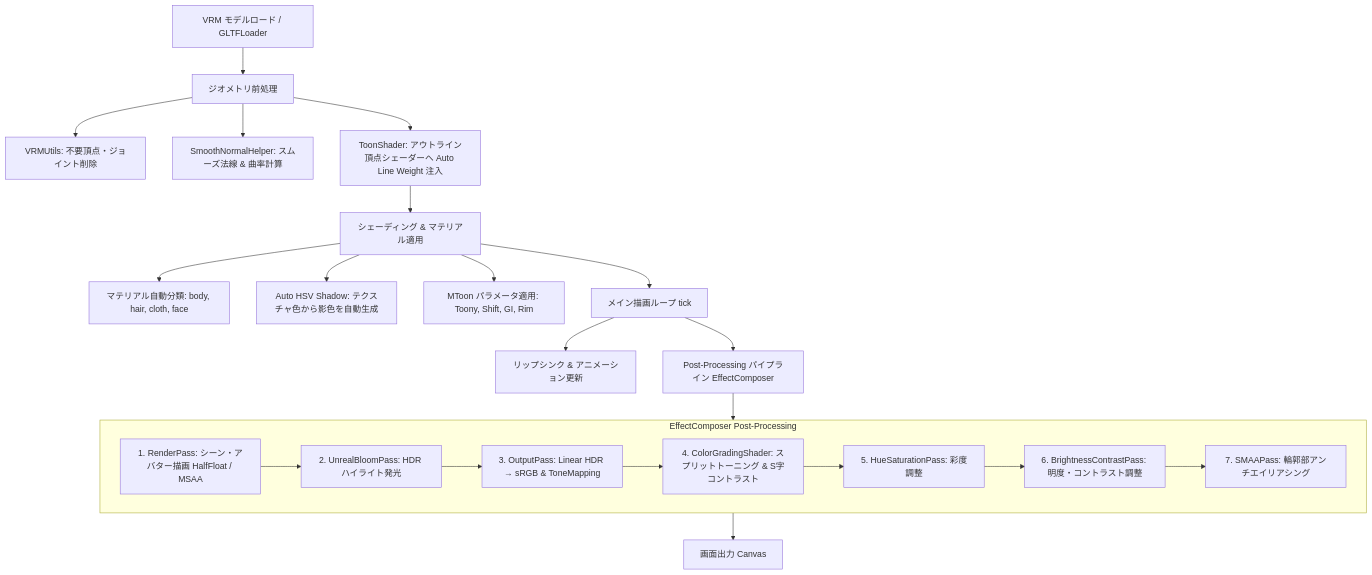
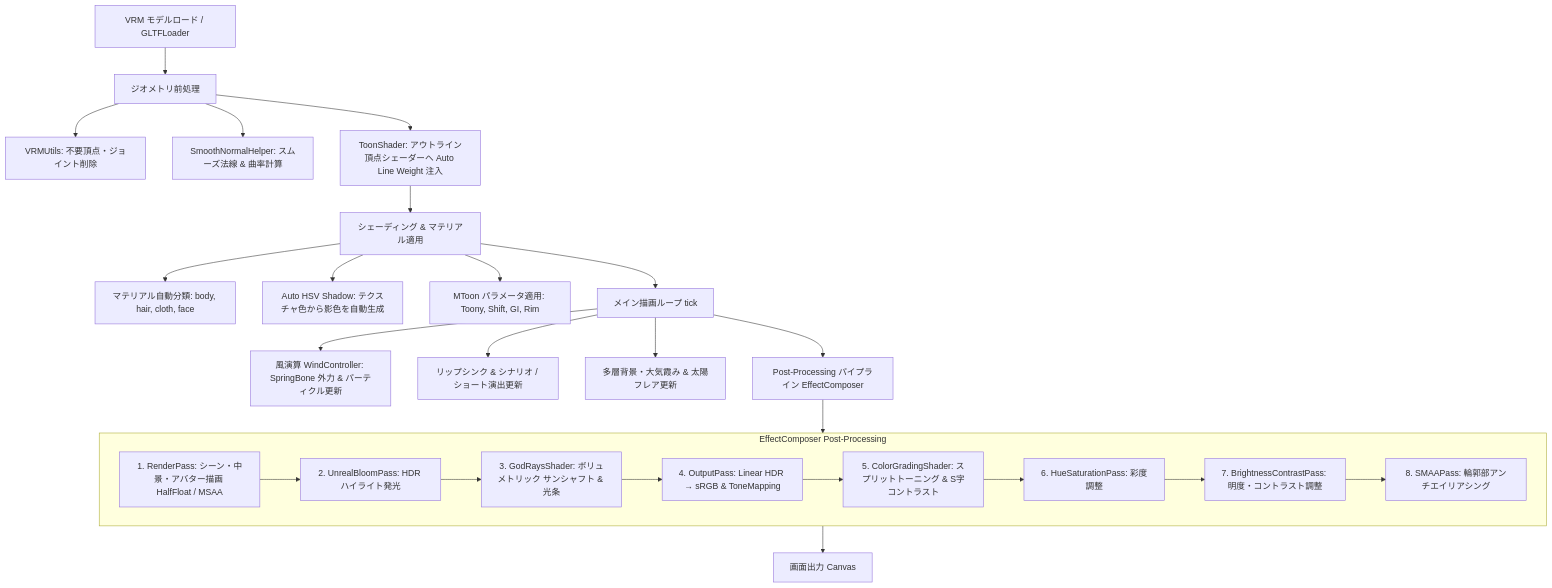
The diagram in README.md (uemegu/AnimeVRM), drawn with Mermaid before and after one commit. The commit also changed other lines of this file and 13 other files, not shown here.

````diff
--- a/README.md
+++ b/README.md
@@ -78,30 +89,33 @@
 ```mermaid
 flowchart TD
     A[VRM モデルロード / GLTFLoader] --> B[ジオメトリ前処理]
     B --> B1[VRMUtils: 不要頂点・ジョイント削除]
     B --> B2[SmoothNormalHelper: スムーズ法線 & 曲率計算]
     B --> B3[ToonShader: アウトライン頂点シェーダーへ Auto Line Weight 注入]
 
     B3 --> C[シェーディング & マテリアル適用]
     C --> C1[マテリアル自動分類: body, hair, cloth, face]
     C --> C2[Auto HSV Shadow: テクスチャ色から影色を自動生成]
     C --> C3[MToon パラメータ適用: Toony, Shift, GI, Rim]
 
     C --> D[メイン描画ループ tick]
-    D --> D1[リップシンク & アニメーション更新]
-    D --> D2[Post-Processing パイプライン EffectComposer]
+    D --> D1[風演算 WindController: SpringBone 外力 & パーティクル更新]
+    D --> D2[リップシンク & シナリオ / ショート演出更新]
+    D --> D3[多層背景・大気霞み & 太陽フレア更新]
+    D --> D4[Post-Processing パイプライン EffectComposer]
 
     subgraph EffectComposer [EffectComposer Post-Processing]
-        E1[1. RenderPass: シーン・アバター描画 HalfFloat / MSAA]
+        E1[1. RenderPass: シーン・中景・アバター描画 HalfFloat / MSAA]
         E2[2. UnrealBloomPass: HDR ハイライト発光]
-        E3[3. OutputPass: Linear HDR → sRGB & ToneMapping]
-        E4[4. ColorGradingShader: スプリットトーニング & S字コントラスト]
-        E5[5. HueSaturationPass: 彩度調整]
-        E6[6. BrightnessContrastPass: 明度・コントラスト調整]
-        E7[7. SMAAPass: 輪郭部アンチエイリアシング]
-        E1 --> E2 --> E3 --> E4 --> E5 --> E6 --> E7
+        E3[3. GodRaysShader: ボリュメトリック サンシャフト & 光条]
+        E4[4. OutputPass: Linear HDR → sRGB & ToneMapping]
+        E5[5. ColorGradingShader: スプリットトーニング & S字コントラスト]
+        E6[6. HueSaturationPass: 彩度調整]
+        E7[7. BrightnessContrastPass: 明度・コントラスト調整]
+        E8[8. SMAAPass: 輪郭部アンチエイリアシング]
+        E1 --> E2 --> E3 --> E4 --> E5 --> E6 --> E7 --> E8
     end
 
-    D2 --> EffectComposer
+    D4 --> EffectComposer
     EffectComposer --> F[画面出力 Canvas]
 ```
````
